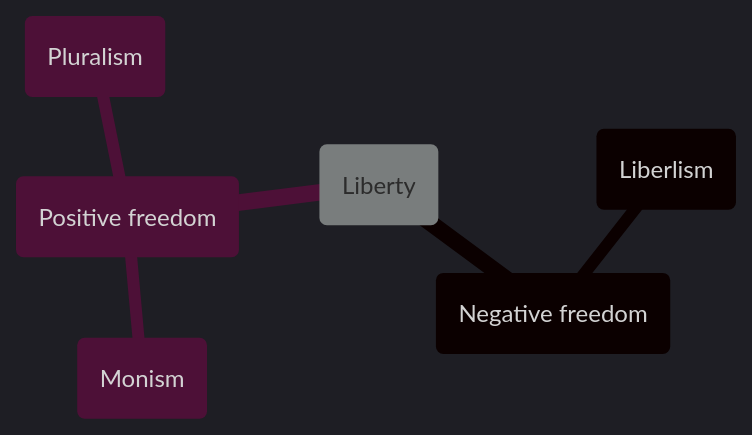
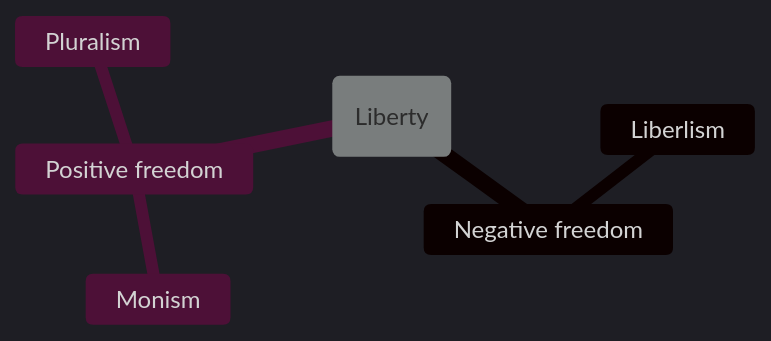
Before and after one commit to godofwarnings/genesis-public: the sixth of 7 diagrams in src/site/notes/lecture-notes/sem6/ihs/politics/L03.md, drawn with Mermaid. The commit also changed other lines of this file, not shown here.

Commit message:
Update content src/site/notes/lecture-notes/sem6/ihs/politics/L03.md

````diff
--- a/src/site/notes/lecture-notes/sem6/ihs/politics/L03.md
+++ b/src/site/notes/lecture-notes/sem6/ihs/politics/L03.md
@@ -134,10 +134,10 @@
 ```mermaid
 %%{init: {'theme':'dark'}}%%
 mindmap
-	id0(Liberty)
-		id1(Negative freedom)
-			id1.1(Liberlism)
-		id2(Positive freedom)
-			id2.1(Monism)
-			id2.2(Pluralism)
+	root(Liberty)
+		Negative freedom
+			Liberlism
+		Positive freedom
+			Monism
+			Pluralism
 ```
````
